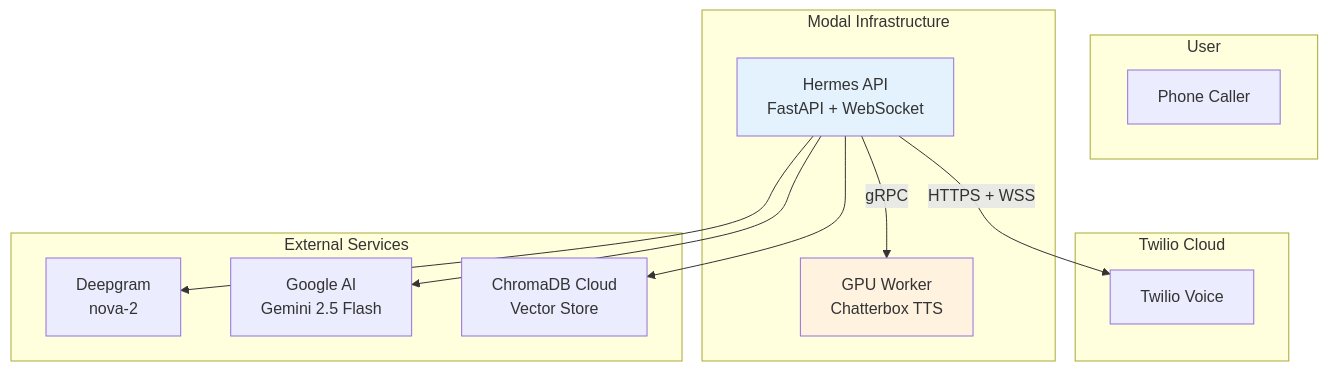
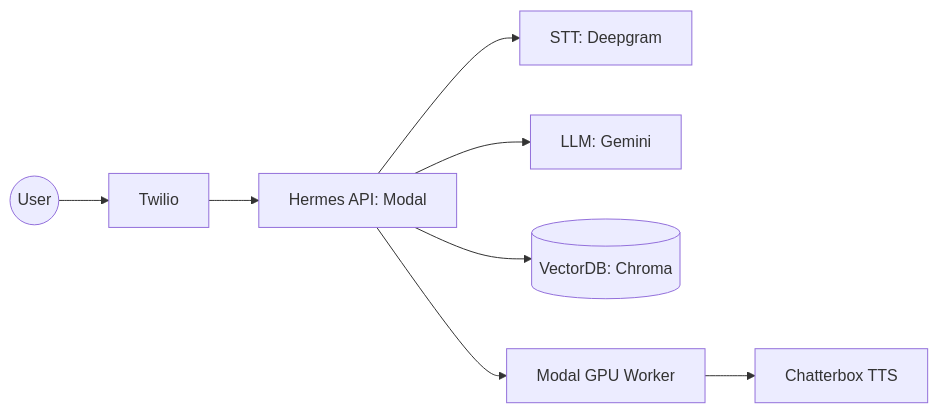
One commit to abi-commits/Hermes_AI changed the second of 2 diagrams in README.md. Above: the diagram before and after it, drawn with Mermaid. The commit also changed other lines of this file and 1 other file, not shown here.

Commit message:
docs: add Mermaid flow diagrams and refine component architecture details

````diff
--- a/README.md
+++ b/README.md
@@ -525,31 +31,12 @@
 ```mermaid
-flowchart TD
-    subgraph "User"
-        Phone[Phone Caller]
-    end
+flowchart LR
+    Caller((User)) --> Twilio
+    Twilio --> HermesAPI[Hermes API: Modal]
 
-    subgraph "Twilio Cloud"
-        Twilio[Twilio Voice]
-    end
+    HermesAPI --> Deepgram[STT: Deepgram]
+    HermesAPI --> Gemini[LLM: Gemini]
+    HermesAPI --> VectorDB[(VectorDB: Chroma)]
 
-    subgraph "Modal Infrastructure"
-        API[Hermes API<br/>FastAPI + WebSocket]
-        TTSWorker[GPU Worker<br/>Chatterbox TTS]
-        
-        API -->|"HTTPS + WSS"| Twilio
-        API -->|"gRPC"| TTSWorker
-    end
-
-    subgraph "External Services"
-        Deepgram[Deepgram<br/>nova-2]
-        Gemini[Google AI<br/>Gemini 2.5 Flash]
-        Chroma[ChromaDB Cloud<br/>Vector Store]
-    end
-
-    API --> Deepgram
-    API --> Gemini
-    API --> Chroma
-
-    style API fill:#e3f2fd
-    style TTSWorker fill:#fff3e0
+    HermesAPI --> ModalWorker[Modal GPU Worker]
+    ModalWorker --> Chatterbox[Chatterbox TTS]
 ```
````
